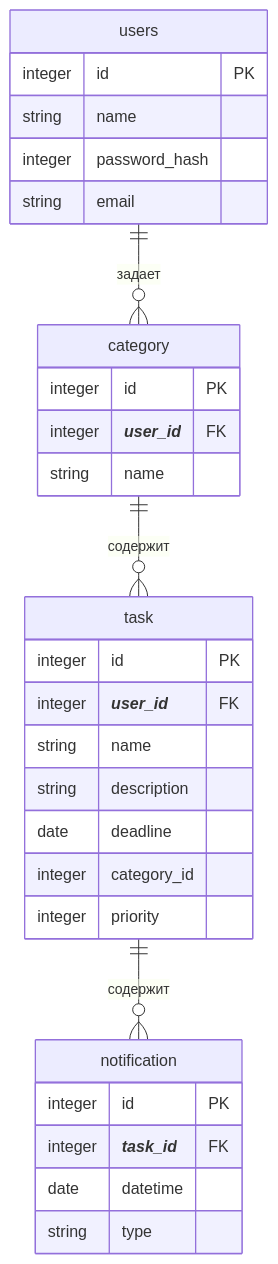
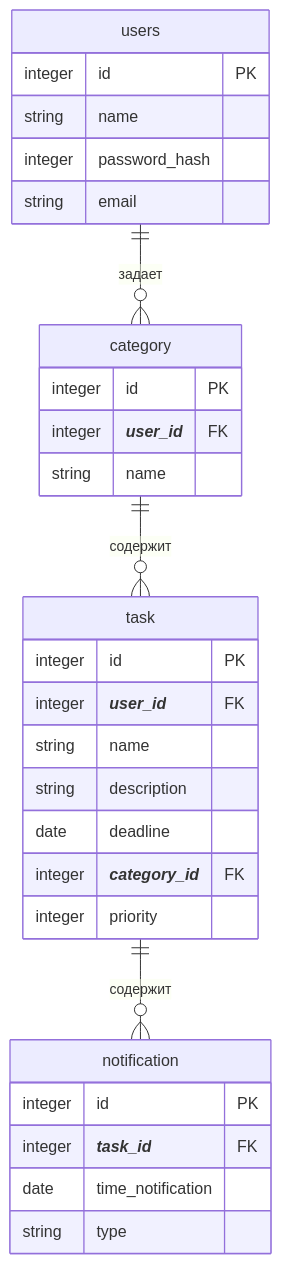
Before and after one commit to hse-perm-sandbox/study-track-docs: the diagram in db/er-diagram.md, drawn with Mermaid.

Commit message:
Подправил er

````diff
--- a/db/er-diagram.md
+++ b/db/er-diagram.md
@@ -3,38 +3,38 @@
 ```mermaid
 erDiagram
     users {
         integer id PK
         string name
         integer password_hash
         string email
     }
 
     category {
         integer id PK
         integer ***user_id*** FK
         string name
     }
 
     task {
         integer id PK
         integer ***user_id*** FK
         string name
         string description
         date deadline
-        integer category_id
+        integer ***category_id*** FK
         integer priority
     }
 
     notification {
         integer id PK
         integer ***task_id*** FK
-        date datetime
+        date time_notification
         string type
     }
 
 
     users ||--o{ category : "задает"
     category ||--o{ task : "содержит"
     task ||--o{ notification : "содержит"
     
 ```
````
